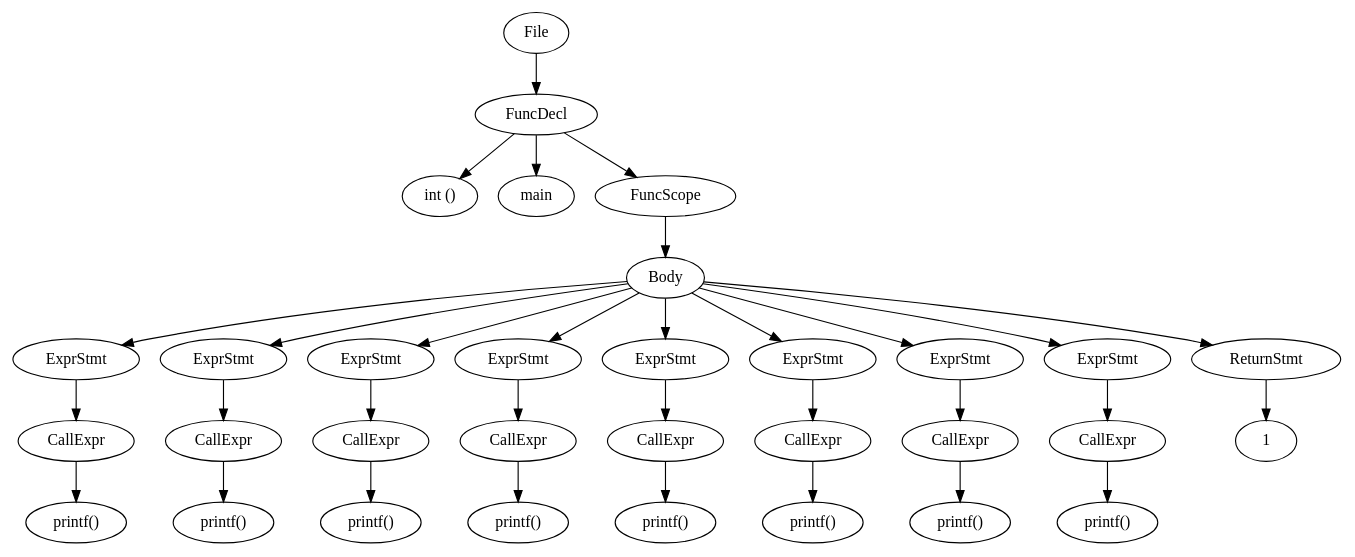
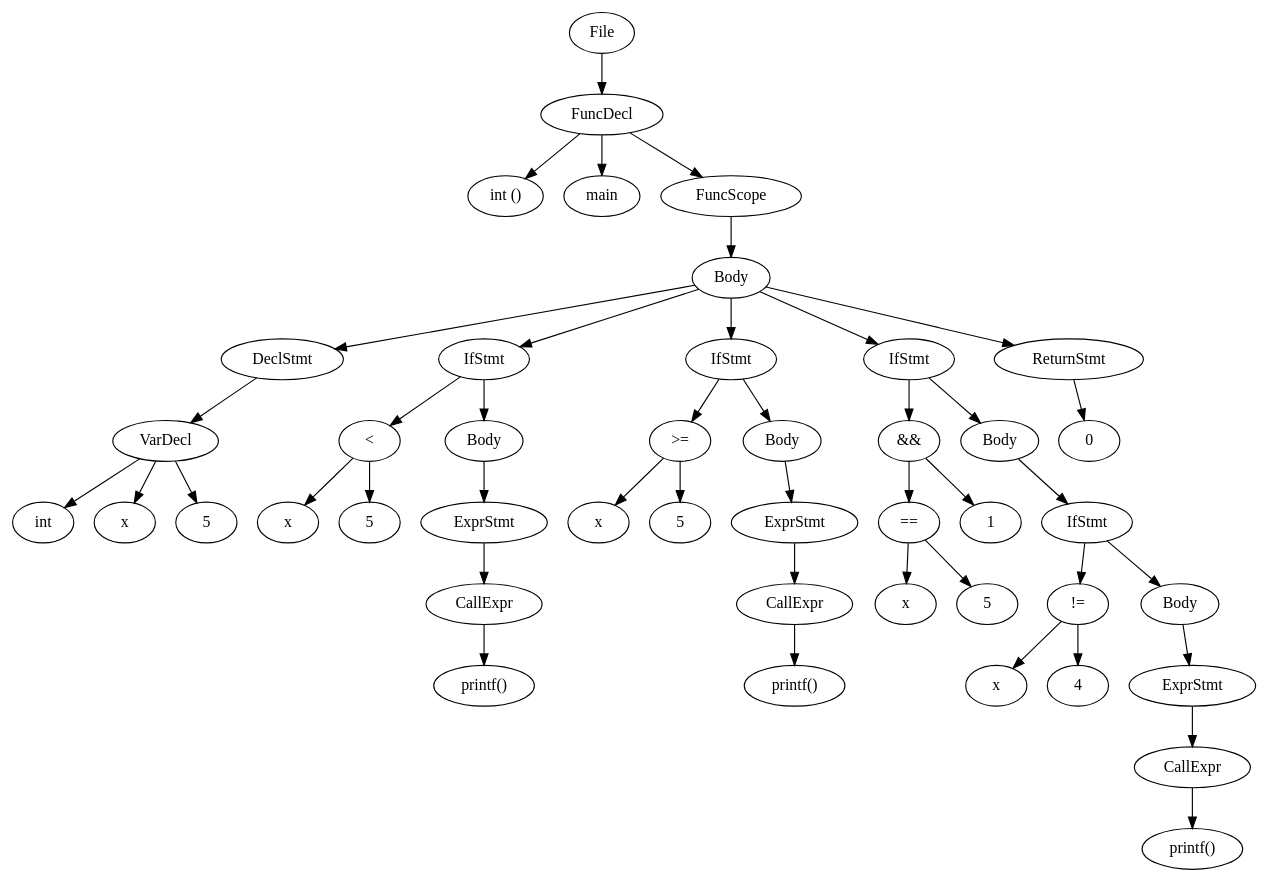
The diagram in src/output.dot (LarsDeLeeuw/Compilers), drawn with Graphviz before and after one commit. The commit also changed 13 other files, not shown here.

```diff
--- a/src/output.dot
+++ b/src/output.dot
@@ -1,64 +1,88 @@
 digraph {n0 [label="File"];
 n1 [label="FuncDecl"];
 n2 [label="int ()"];
 n3 [label="main"];
 n4 [label="FuncScope"];
 n6 [label="Body"];
-n8 [label="ExprStmt"];
-n9 [label="CallExpr"];
-n10 [label="printf()"];
-n12 [label="ExprStmt"];
-n13 [label="CallExpr"];
-n14 [label="printf()"];
-n16 [label="ExprStmt"];
-n17 [label="CallExpr"];
-n18 [label="printf()"];
+n8 [label="DeclStmt"];
+n9 [label="VarDecl"];
+n10 [label="int"];
+n11 [label="x"];
+n12 [label="5"];
+n13 [label="IfStmt"];
+n15 [label="<"];
+n16 [label="x"];
+n17 [label="5"];
+n18 [label="Body"];
 n20 [label="ExprStmt"];
 n21 [label="CallExpr"];
 n22 [label="printf()"];
-n24 [label="ExprStmt"];
-n25 [label="CallExpr"];
-n26 [label="printf()"];
-n28 [label="ExprStmt"];
-n29 [label="CallExpr"];
-n30 [label="printf()"];
-n32 [label="ExprStmt"];
-n33 [label="CallExpr"];
-n34 [label="printf()"];
-n36 [label="ExprStmt"];
-n37 [label="CallExpr"];
-n38 [label="printf()"];
-n40 [label="ReturnStmt"];
+n24 [label="IfStmt"];
+n26 [label=">="];
+n27 [label="x"];
+n28 [label="5"];
+n29 [label="Body"];
+n31 [label="ExprStmt"];
+n32 [label="CallExpr"];
+n33 [label="printf()"];
+n35 [label="IfStmt"];
+n37 [label="&&"];
+n38 [label="=="];
+n39 [label="x"];
+n40 [label="5"];
 n41 [label="1"];
+n42 [label="Body"];
+n44 [label="IfStmt"];
+n46 [label="!="];
+n47 [label="x"];
+n48 [label="4"];
+n49 [label="Body"];
+n51 [label="ExprStmt"];
+n52 [label="CallExpr"];
+n53 [label="printf()"];
+n55 [label="ReturnStmt"];
+n56 [label="0"];
 n0 -> n1
 n1 -> n2
 n1 -> n3
 n1 -> n4
 n4 -> n6
 n6 -> n8
 n8 -> n9
 n9 -> n10
-n6 -> n12
-n12 -> n13
-n13 -> n14
-n6 -> n16
-n16 -> n17
-n17 -> n18
-n6 -> n20
+n9 -> n11
+n9 -> n12
+n6 -> n13
+n13 -> n15
+n15 -> n16
+n15 -> n17
+n13 -> n18
+n18 -> n20
 n20 -> n21
 n21 -> n22
 n6 -> n24
-n24 -> n25
-n25 -> n26
-n6 -> n28
-n28 -> n29
-n29 -> n30
-n6 -> n32
+n24 -> n26
+n26 -> n27
+n26 -> n28
+n24 -> n29
+n29 -> n31
+n31 -> n32
 n32 -> n33
-n33 -> n34
-n6 -> n36
-n36 -> n37
+n6 -> n35
+n35 -> n37
 n37 -> n38
-n6 -> n40
-n40 -> n41
+n38 -> n39
+n38 -> n40
+n37 -> n41
+n35 -> n42
+n42 -> n44
+n44 -> n46
+n46 -> n47
+n46 -> n48
+n44 -> n49
+n49 -> n51
+n51 -> n52
+n52 -> n53
+n6 -> n55
+n55 -> n56
 }
```
